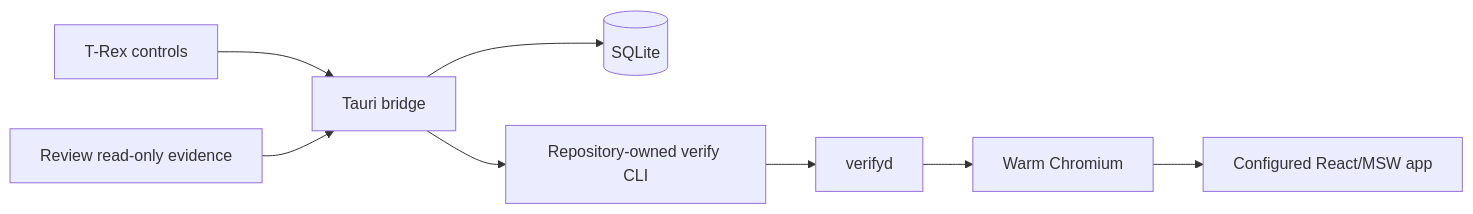
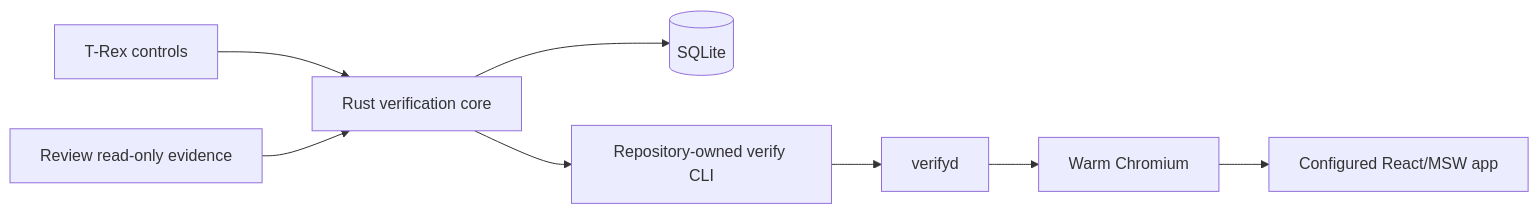
Before and after one commit to Codevetter/codevetter: the diagram in docs/product/synthetic-user-qa.md, drawn with Mermaid. The commit also changed other lines of this file and 888 other files, not shown here.

````diff
--- a/docs/product/synthetic-user-qa.md
+++ b/docs/product/synthetic-user-qa.md
@@ -133,16 +133,16 @@
 ```mermaid
 flowchart LR
   TREX[T-Rex controls]
   REVIEW[Review read-only evidence]
-  TAURI[Tauri bridge]
+  CORE[Rust verification core]
   DB[(SQLite)]
   CLI[Repository-owned verify CLI]
   DAEMON[verifyd]
   BROWSER[Warm Chromium]
   APP[Configured React/MSW app]
 
-  TREX --> TAURI
-  REVIEW --> TAURI
-  TAURI --> DB
-  TAURI --> CLI --> DAEMON --> BROWSER --> APP
+  TREX --> CORE
+  REVIEW --> CORE
+  CORE --> DB
+  CORE --> CLI --> DAEMON --> BROWSER --> APP
 ```
````
